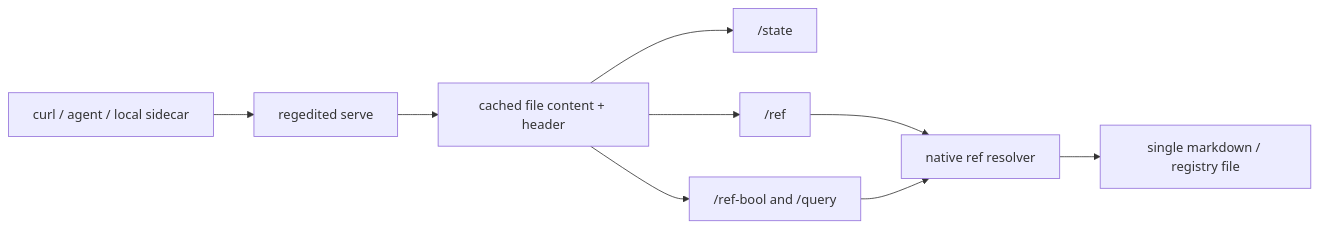
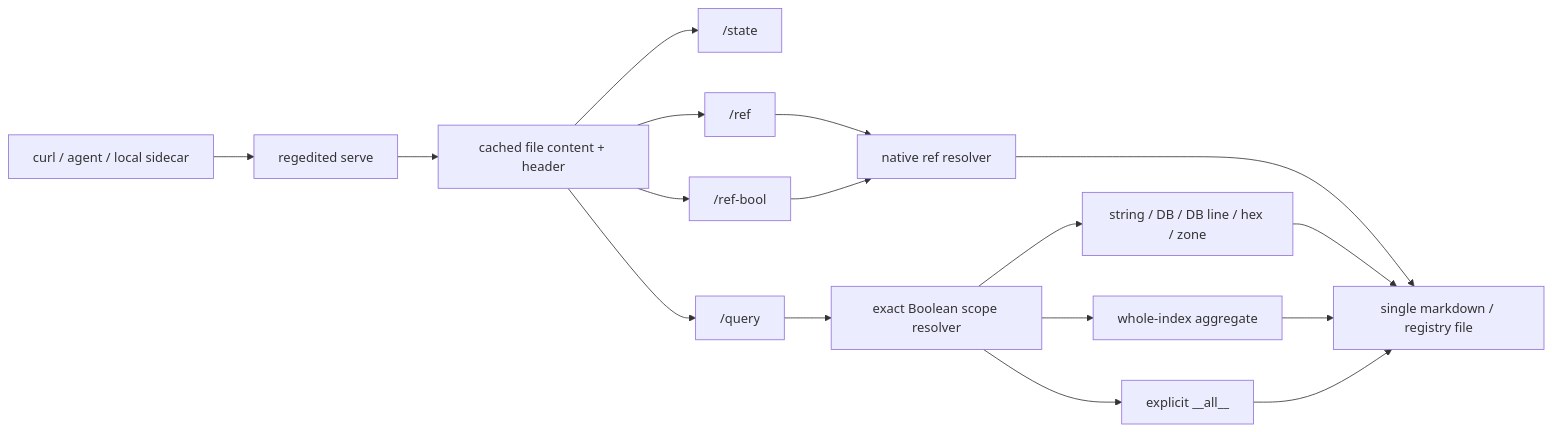
Before and after one commit to CommanderTurtle/regedited: the second of 2 diagrams in docs/ARCHITECTURE.md, drawn with Mermaid. The commit also changed other lines of this file and 1 other file, not shown here.

Commit message:
Document August audit and exact reference flows

````diff
--- a/docs/ARCHITECTURE.md
+++ b/docs/ARCHITECTURE.md
@@ -656,11 +664,19 @@
 ```mermaid
 flowchart LR
     Client["curl / agent / local sidecar"] --> Serve["regedited serve"]
     Serve --> Scan["cached file content + header"]
     Scan --> State["/state"]
     Scan --> Ref["/ref"]
-    Scan --> Bool["/ref-bool and /query"]
+    Scan --> RefBool["/ref-bool"]
+    Scan --> Query["/query"]
     Ref --> Spec["native ref resolver"]
-    Bool --> Spec
+    RefBool --> Spec
+    Query --> Scope["exact Boolean scope resolver"]
+    Scope --> Child["string / DB / DB line / hex / zone"]
+    Scope --> Whole["whole-index aggregate"]
+    Scope --> All["explicit __all__"]
     Spec --> File["single markdown / registry file"]
+    Child --> File
+    Whole --> File
+    All --> File
 ```
````
